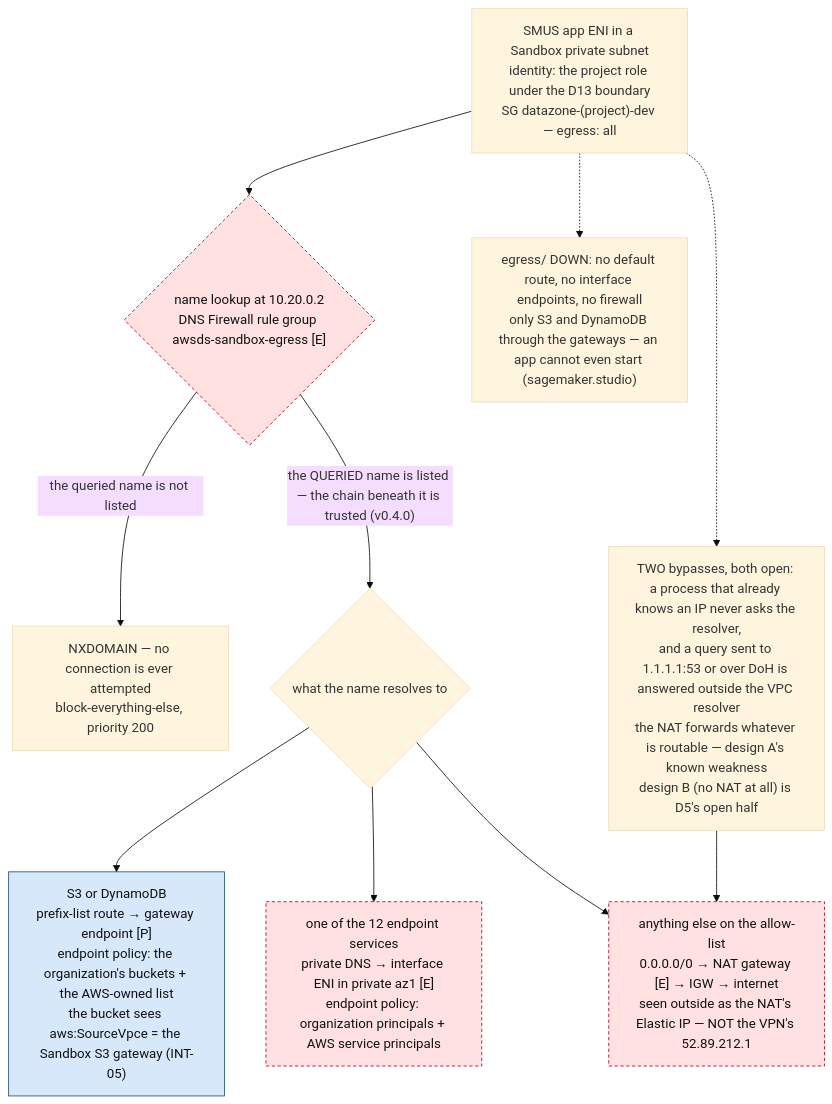
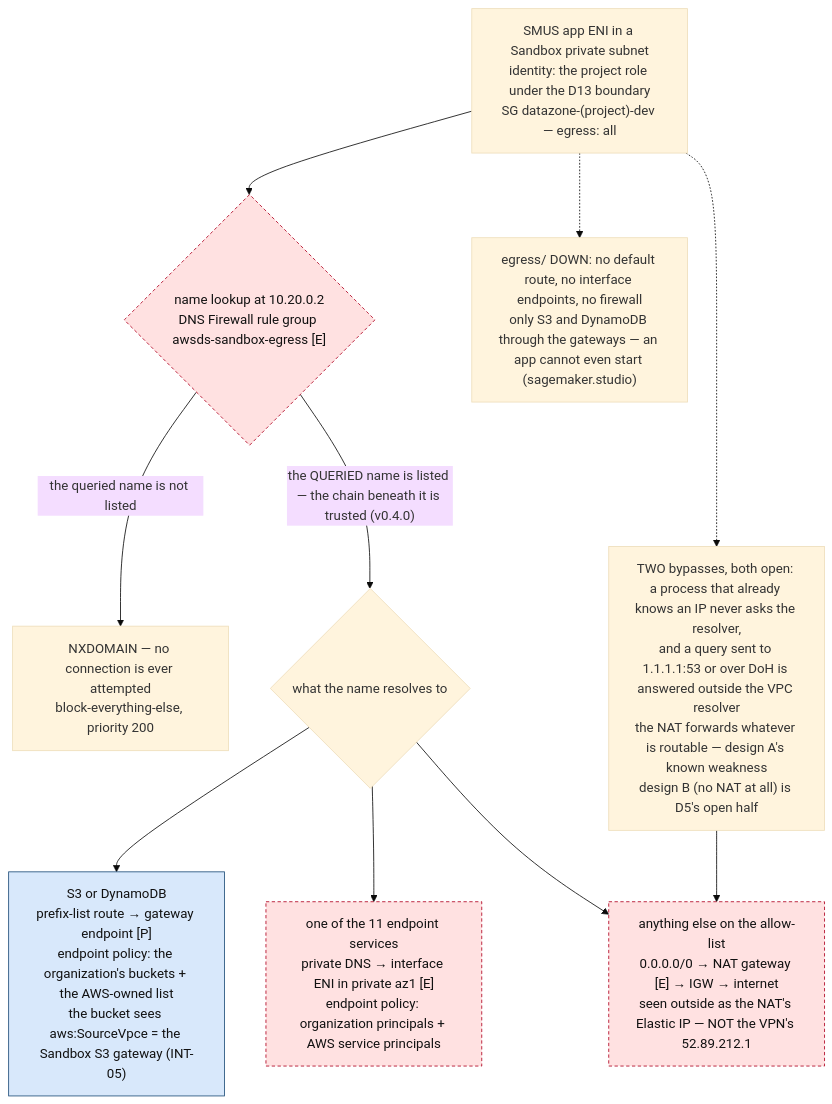
One commit to felipenoris/AWS-DataScience changed the third of 6 diagrams in docs/NETWORK.md. Above: the diagram before and after it, drawn with Mermaid (base theme). The commit also changed other lines of this file and 15 other files, not shown here.

````diff
--- a/docs/NETWORK.md
+++ b/docs/NETWORK.md
@@ -222,27 +222,27 @@
 ```mermaid
 flowchart TB
     APP["SMUS app ENI in a Sandbox private subnet<br/>identity: the project role under the D13 boundary<br/>SG datazone-(project)-dev — egress: all"]
     DNS{"name lookup at 10.20.0.2<br/>DNS Firewall rule group awsds-sandbox-egress [E]"}
     NX["NXDOMAIN — no connection is ever attempted<br/>block-everything-else, priority 200"]
     KIND{"what the name resolves to"}
     GWS3["S3 or DynamoDB<br/>prefix-list route → gateway endpoint [P]<br/>endpoint policy: the organization's buckets + the AWS-owned list<br/>the bucket sees aws:SourceVpce = the Sandbox S3 gateway (INT-05)"]
-    IFE["one of the 12 endpoint services<br/>private DNS → interface ENI in private az1 [E]<br/>endpoint policy: organization principals + AWS service principals"]
+    IFE["one of the 11 endpoint services<br/>private DNS → interface ENI in private az1 [E]<br/>endpoint policy: organization principals + AWS service principals"]
     NATP["anything else on the allow-list<br/>0.0.0.0/0 → NAT gateway [E] → IGW → internet<br/>seen outside as the NAT's Elastic IP — NOT the VPN's 52.89.212.1"]
     NOROUTE["egress/ DOWN: no default route, no interface endpoints, no firewall<br/>only S3 and DynamoDB through the gateways — an app cannot even start (sagemaker.studio)"]
     RAWIP["TWO bypasses, both open: a process that already knows an IP never asks the resolver,<br/>and a query sent to 1.1.1.1:53 or over DoH is answered outside the VPC resolver<br/>the NAT forwards whatever is routable — design A's known weakness<br/>design B (no NAT at all) is D5's open half"]
 
     APP --> DNS
     DNS -->|"the QUERIED name is listed — the chain beneath it is trusted (v0.4.0)"| KIND
     DNS -->|"the queried name is not listed"| NX
     KIND --> GWS3
     KIND --> IFE
     KIND --> NATP
     APP -.-> NOROUTE
     APP -.-> RAWIP
     RAWIP --> NATP
 
     classDef eph fill:#ffe1e1,stroke:#b00020,color:#111,stroke-dasharray: 4 3;
     classDef perm fill:#d8e8fb,stroke:#1f4e79,color:#111;
     class IFE,NATP,DNS eph;
     class GWS3 perm;
 ```
````
